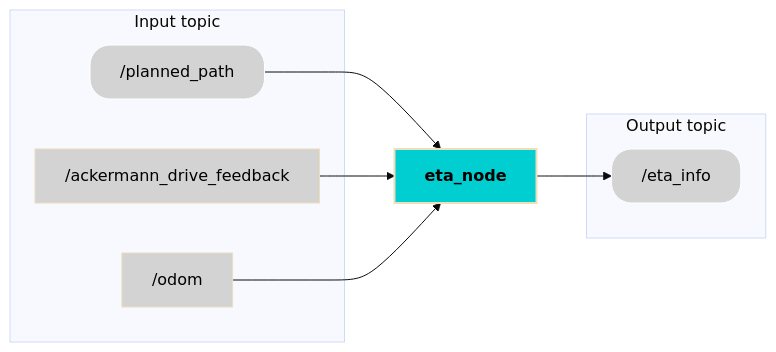
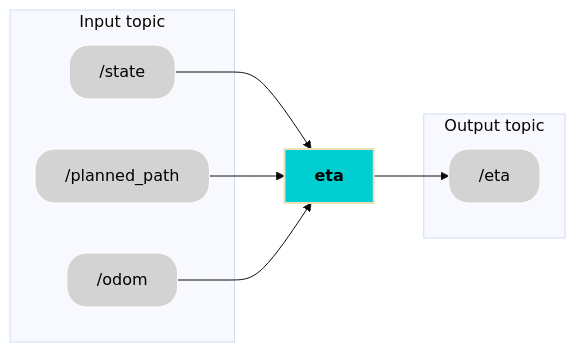
Before and after one commit to PaxAuto/eta: the diagram in README.md, drawn with Mermaid (base theme). The commit also changed other lines of this file, not shown here.

Commit message:
US 6.1: Updated description, architecture, interfaces, user stories and installation procedure

````diff
--- a/README.md
+++ b/README.md
@@ -23,36 +30,37 @@
 ```mermaid
 graph LR
     subgraph Input topic
-        EVSEAL["/planned_path"]:::grayEllipse
-        MS["/ackermann_drive_feedback"]:::grayEllipse
-        GT["/odom"]:::grayEllipse
-
+        PP["/planned_path"]:::grayEllipse
+        DC["/state"]:::grayEllipse
+        ODOM["/odom"]:::grayEllipse
     end
 
-    EM["eta_node"]:::cyanEllipse
+    E["eta"]:::cyanEllipse
 
-    EVSEAL --> EM
-    MS --> EM
-    EM --> DC
-    GT --> EM
+    DC --> E
+    PP --> E
+    ODOM --> E
+    E --> ETA
 
     subgraph Output topic
-        DC["/eta_info"]:::grayEllipse
+        ETA["/eta"]:::grayEllipse
     end
 
     %% Ellipse shape class
     classDef soft_rectangle stroke:#FFFFFF,rx:20,ry:20;
     classDef component font-weight:bold,stroke-width:2px;
 
     %% Cyan for path planner
     classDef cyanEllipse fill:#00CED1, color:#000000;
 
     %% Gray for others
     classDef grayEllipse fill:#D3D3D3, color:#000000;
 
     %% Apply ellipse shape to each node
-    class EVSEAL soft_rectangle;
     class DC soft_rectangle;
-    class EM component;
+    class PP soft_rectangle;
+    class ODOM soft_rectangle;
+    class ETA soft_rectangle;
+    class E component;
   
 ```
````
